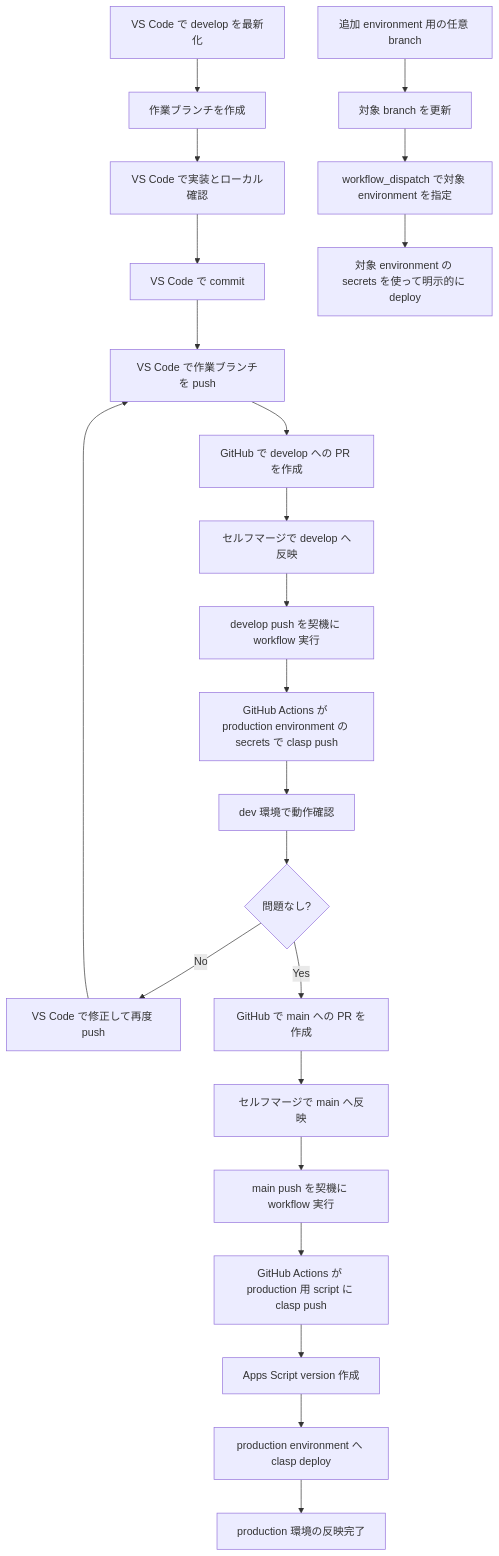
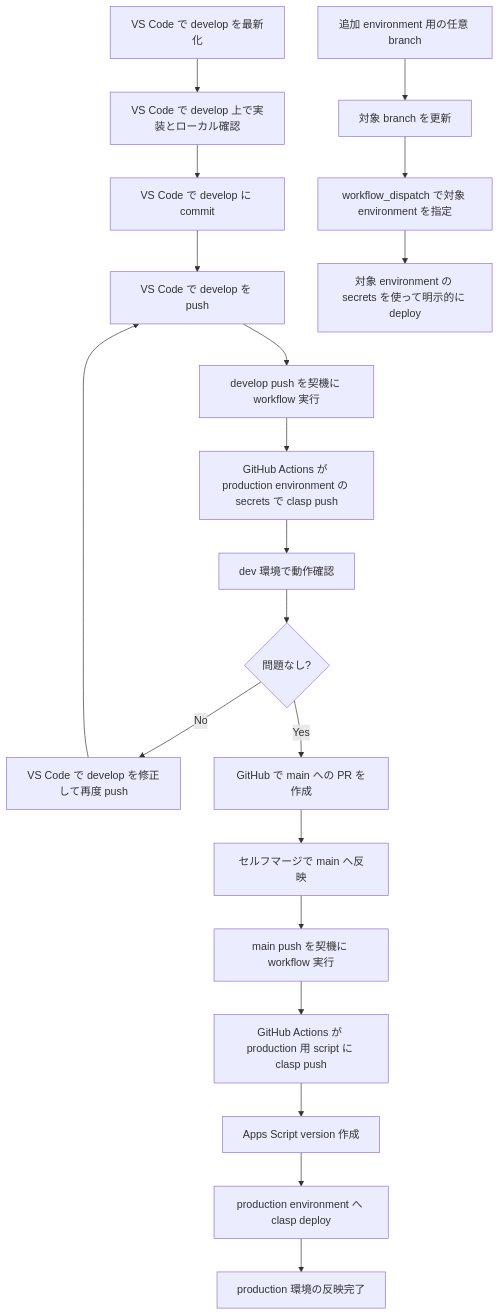
Before and after one commit to enirin/gas-Initializer: the second of 2 diagrams in deploy-gas-cicd.md, drawn with Mermaid. The commit also changed other lines of this file, not shown here.

Commit message:
Adjust dev flow for direct develop push

````diff
--- a/deploy-gas-cicd.md
+++ b/deploy-gas-cicd.md
@@ -72,25 +72,22 @@
 ```mermaid
 flowchart TD
-    A[VS Code で develop を最新化] --> B[作業ブランチを作成]
-    B --> C[VS Code で実装とローカル確認]
-    C --> D[VS Code で commit]
-    D --> E[VS Code で作業ブランチを push]
-    E --> F[GitHub で develop への PR を作成]
-    F --> G[セルフマージで develop へ反映]
-    G --> H[develop push を契機に workflow 実行]
+  A[VS Code で develop を最新化] --> B[VS Code で develop 上で実装とローカル確認]
+  B --> C[VS Code で develop に commit]
+  C --> D[VS Code で develop を push]
+  D --> H[develop push を契機に workflow 実行]
     H --> I[GitHub Actions が production environment の secrets で clasp push]
     I --> J[dev 環境で動作確認]
     J --> K{問題なし?}
-    K -->|No| L[VS Code で修正して再度 push]
-    L --> E
+  K -->|No| L[VS Code で develop を修正して再度 push]
+  L --> D
     K -->|Yes| M[GitHub で main への PR を作成]
     M --> N[セルフマージで main へ反映]
     N --> O[main push を契機に workflow 実行]
     O --> P[GitHub Actions が production 用 script に clasp push]
     P --> Q[Apps Script version 作成]
     Q --> R[production environment へ clasp deploy]
     R --> S[production 環境の反映完了]
     T[追加 environment 用の任意 branch] --> U[対象 branch を更新]
     U --> V[workflow_dispatch で対象 environment を指定]
     V --> W[対象 environment の secrets を使って明示的に deploy]
 ```
````
